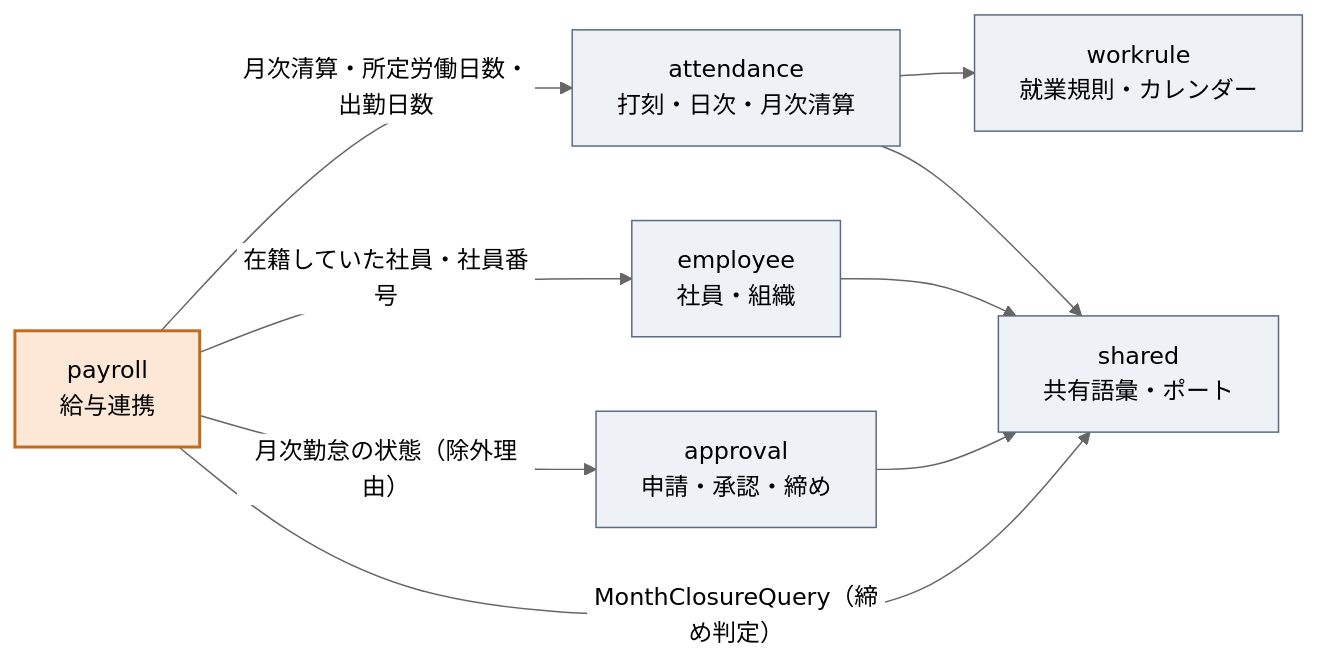
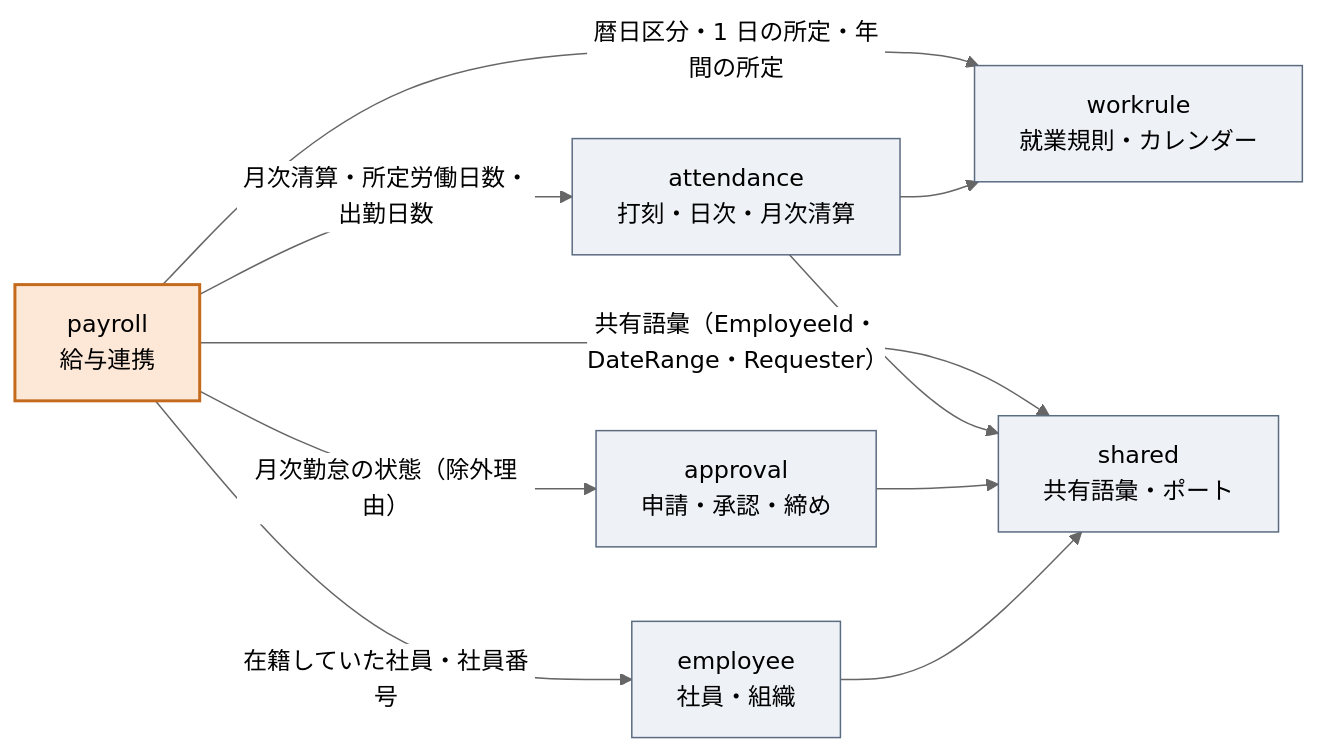
One commit to masaki-i02/newJavaProject changed the diagram in doc/02_詳細設計/07_給与連携/diagrams/コンテキストの依存.mmd. Above: the diagram before and after it, drawn with Mermaid (neutral theme). The commit also changed 20 other files, not shown here.

```diff
--- a/doc/02_詳細設計/07_給与連携/diagrams/コンテキストの依存.mmd
+++ b/doc/02_詳細設計/07_給与連携/diagrams/コンテキストの依存.mmd
@@ -1,21 +1,22 @@
 graph LR
     payroll["payroll<br/>給与連携"]
     attendance["attendance<br/>打刻・日次・月次清算"]
     approval["approval<br/>申請・承認・締め"]
     employee["employee<br/>社員・組織"]
     workrule["workrule<br/>就業規則・カレンダー"]
     shared["shared<br/>共有語彙・ポート"]
 
     payroll -->|"月次清算・所定労働日数・出勤日数"| attendance
     payroll -->|"在籍していた社員・社員番号"| employee
     payroll -->|"月次勤怠の状態（除外理由）"| approval
-    payroll -->|"MonthClosureQuery（締め判定）"| shared
+    payroll -->|"暦日区分・1 日の所定・年間の所定"| workrule
+    payroll -->|"共有語彙（EmployeeId・DateRange・Requester）"| shared
     attendance --> workrule
     attendance --> shared
     approval --> shared
     employee --> shared
 
     classDef new fill:#fde8d7,stroke:#c46a1c,stroke-width:2px
     classDef existing fill:#eef2f7,stroke:#5b6b80
     class payroll new
     class attendance,approval,employee,workrule,shared existing
```
